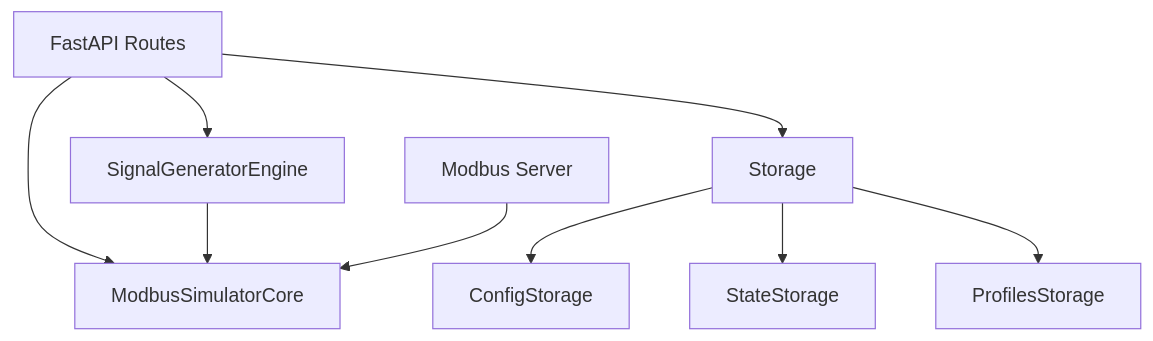
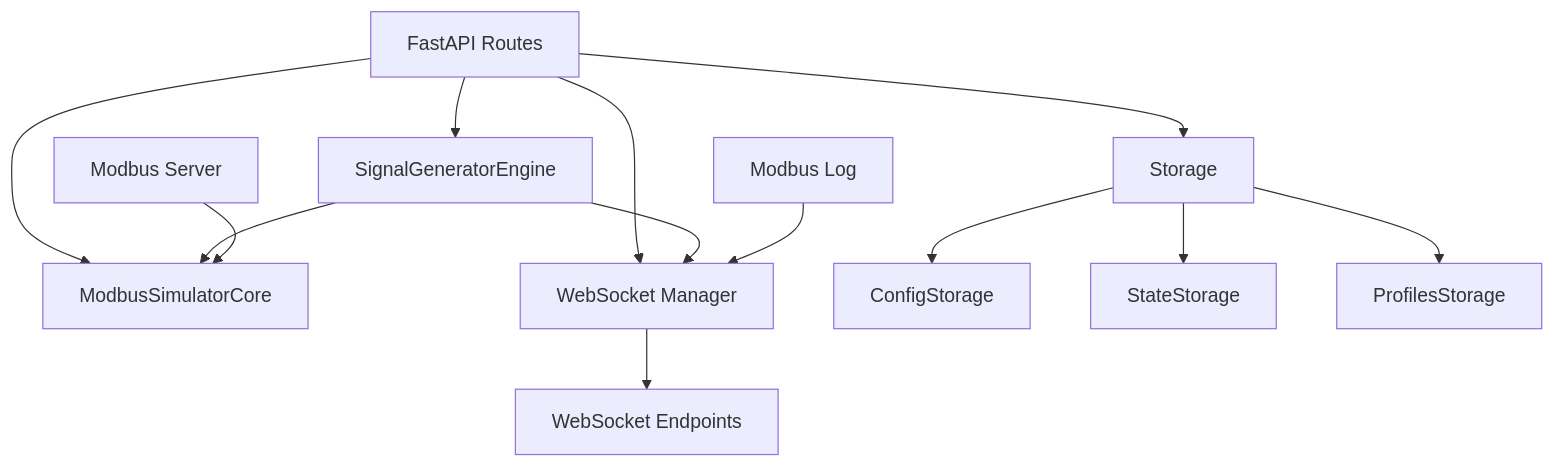
Before and after one commit to slava-gomel/modbus-simulator: the diagram in ARCHITECTURE.md, drawn with Mermaid. The commit also changed other lines of this file and 45 other files, not shown here.

First line of the commit message:
WebSocket real-time, исправление лавины запросов, обновление Memory Bank и .cursorrules

````diff
--- a/ARCHITECTURE.md
+++ b/ARCHITECTURE.md
@@ -73,13 +88,18 @@
 ```mermaid
 graph TD
     API[FastAPI Routes] --> Core[ModbusSimulatorCore]
     API --> Storage[Storage]
     API --> Generators[SignalGeneratorEngine]
+    API --> WSManager[WebSocket Manager]
     
     Storage --> ConfigStorage
     Storage --> StateStorage
     Storage --> ProfilesStorage
     
     Generators --> Core
+    Generators --> WSManager
     Server[Modbus Server] --> Core
+    ModbusLog[Modbus Log] --> WSManager
+    
+    WSManager --> WSEndpoints[WebSocket Endpoints]
 ```
````
